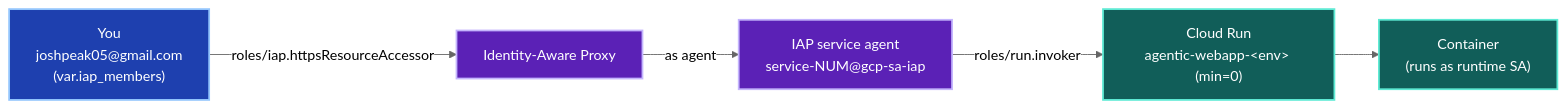
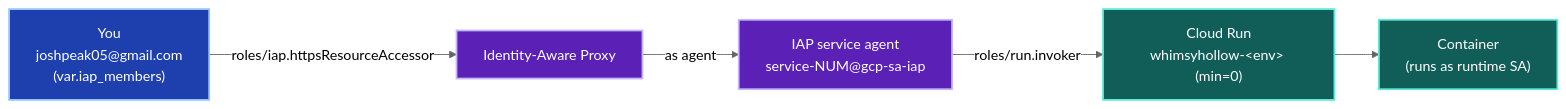
Before and after one commit to neozenith/whimsyhollow: the second of 2 diagrams in infra/AUTH.md, drawn with Mermaid (neutral theme). The commit also changed other lines of this file and 100 other files, not shown here.

````diff
--- a/infra/AUTH.md
+++ b/infra/AUTH.md
@@ -58,17 +58,17 @@
 ```mermaid
 flowchart LR
     user["You<br/>joshpeak05@gmail.com<br/>(var.iap_members)"]:::ingress
     iap["Identity-Aware Proxy"]:::compute
     agent["IAP service agent<br/>service-NUM@gcp-sa-iap"]:::compute
-    run["Cloud Run<br/>agentic-webapp-&lt;env&gt; (min=0)"]:::data
+    run["Cloud Run<br/>whimsyhollow-&lt;env&gt; (min=0)"]:::data
     app["Container<br/>(runs as runtime SA)"]:::data
 
     user -->|"roles/iap.httpsResourceAccessor"| iap
     iap -->|"as agent"| agent
     agent -->|"roles/run.invoker"| run
     run --> app
 
     classDef ingress  fill:#1e40af,stroke:#93c5fd,color:#fff,stroke-width:2px
     classDef compute  fill:#5b21b6,stroke:#c4b5fd,color:#fff,stroke-width:2px
     classDef data     fill:#115e59,stroke:#5eead4,color:#fff,stroke-width:2px
 ```
````
